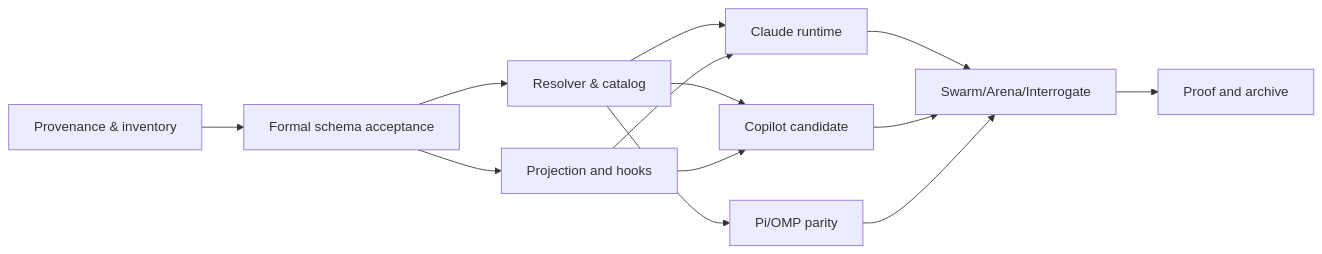
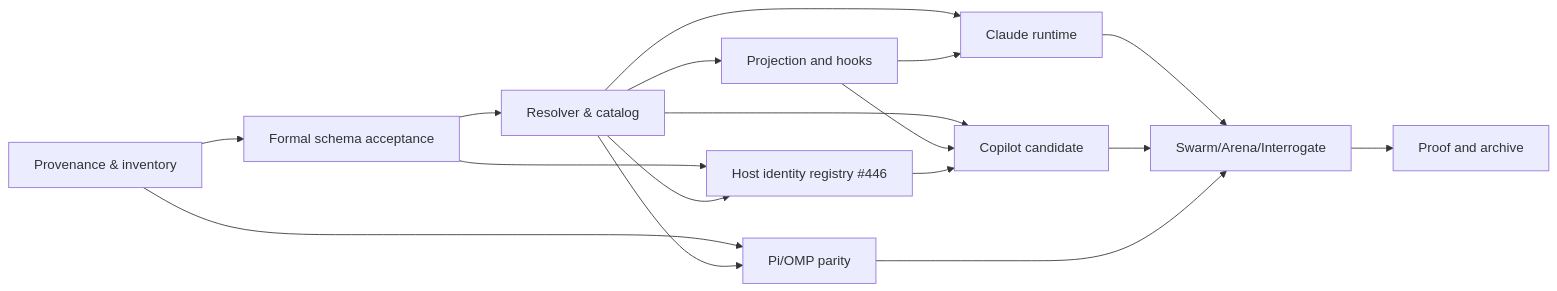
One commit to tommy-ca/pstack changed the diagram in openspec/changes/2026-10-15-harness-neutral-role-policy/tasks.md. Above: the diagram before and after it, drawn with Mermaid. The commit also changed other lines of this file and 24 other files, not shown here.

````diff
--- a/openspec/changes/2026-10-15-harness-neutral-role-policy/tasks.md
+++ b/openspec/changes/2026-10-15-harness-neutral-role-policy/tasks.md
@@ -17,15 +17,19 @@
 ```mermaid
 flowchart LR
   G0[Provenance & inventory] --> G1[Formal schema acceptance]
   G1 --> G2[Resolver & catalog]
-  G1 --> G3[Projection and hooks]
+  G2 --> G3[Projection and hooks]
+  G1 --> G3b[Host identity registry #446]
+  G2 --> G3b
   G2 --> G4[Claude runtime]
   G3 --> G4
   G2 --> G5[Copilot candidate]
   G3 --> G5
-  G2 --> G6[Pi/OMP parity]
+  G3b --> G5
+  G0 --> G6[Pi/OMP parity]
+  G2 --> G6
   G4 --> G7[Swarm/Arena/Interrogate]
   G5 --> G7
   G6 --> G7
   G7 --> G8[Proof and archive]
 ```
````
